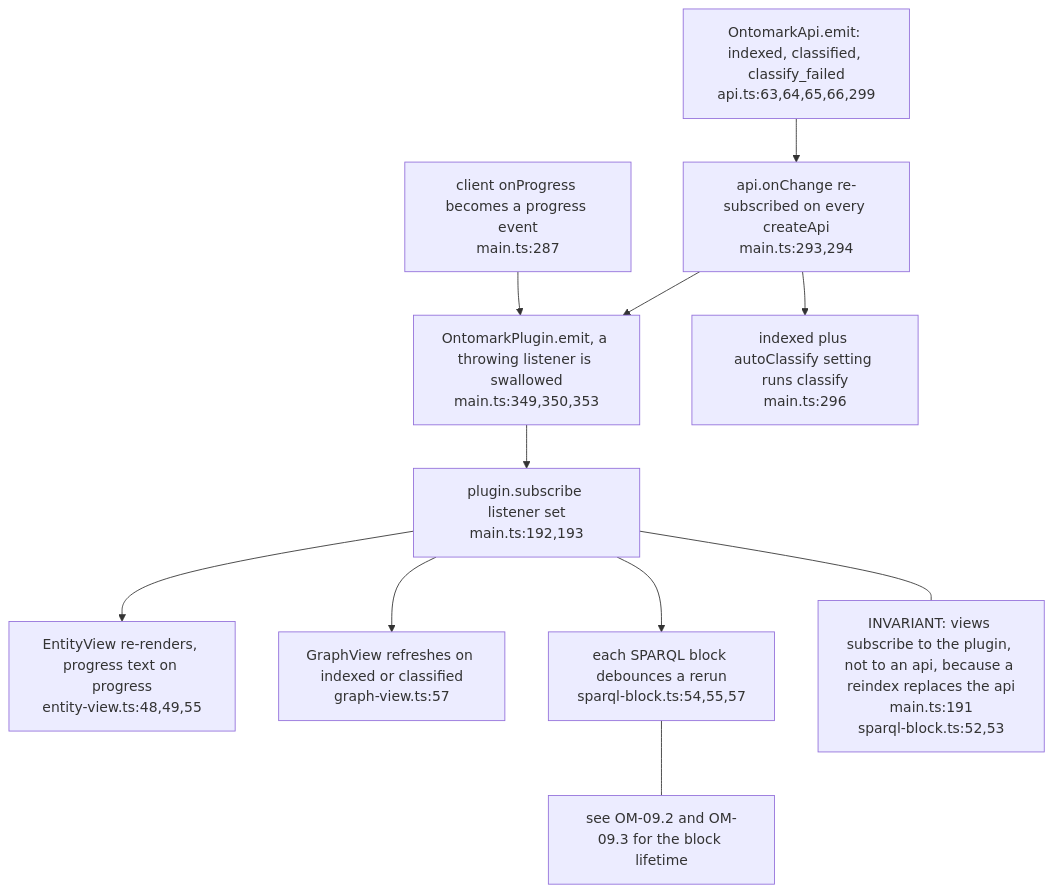
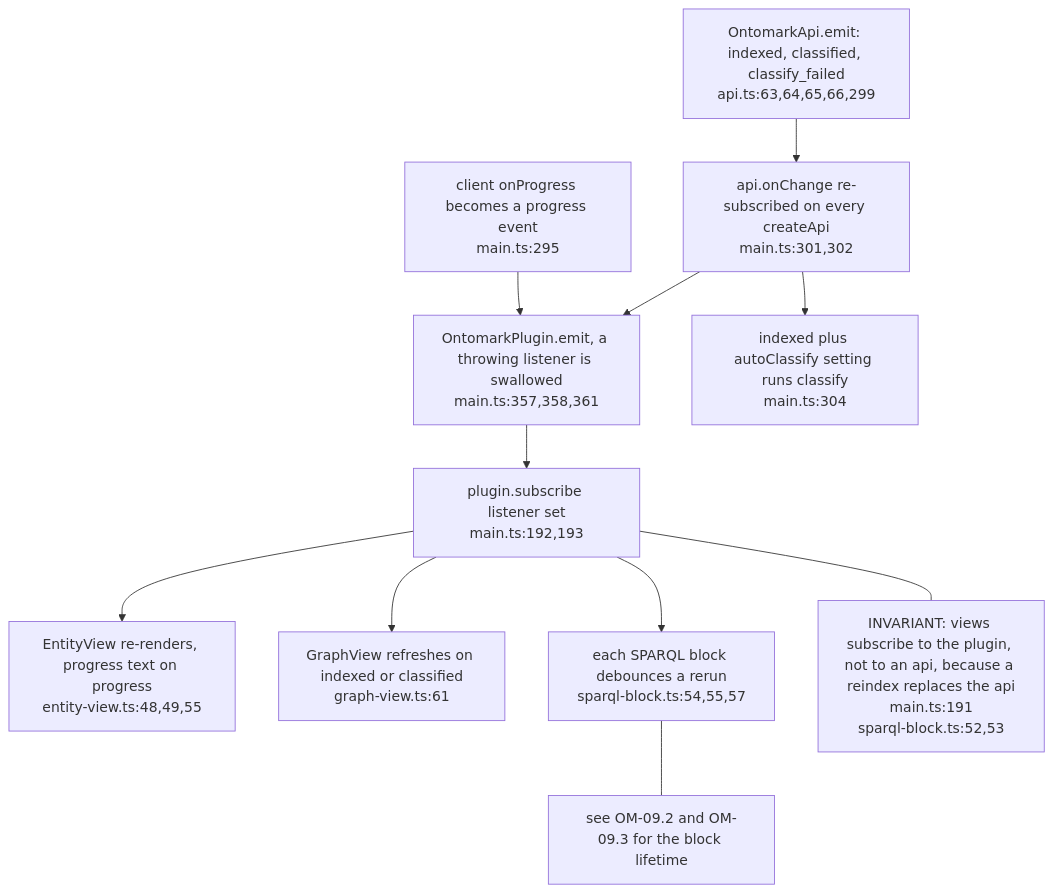
Before and after one commit to DreamLab-AI/VisionFlow: the third of 4 diagrams in docs/diagrams/ontomark-obsidian/01-plugin-anatomy-and-lifecycle.md, drawn with Mermaid. The commit also changed other lines of this file and 20 other files, not shown here.

First line of the commit message:
docs(diagrams): ontomark and ontomark-obsidian re-verified (graph 0.4.0, plugin 0.6.0)

````diff
--- a/docs/diagrams/ontomark-obsidian/01-plugin-anatomy-and-lifecycle.md
+++ b/docs/diagrams/ontomark-obsidian/01-plugin-anatomy-and-lifecycle.md
@@ -111,23 +112,23 @@
 ```mermaid
 flowchart TD
     CE["OntomarkApi.emit: indexed, classified, classify_failed<br/>api.ts:63,64,65,66,299"]
-    PR["client onProgress becomes a progress event<br/>main.ts:287"]
-    SUB["api.onChange re-subscribed on every createApi<br/>main.ts:293,294"]
-    EMIT["OntomarkPlugin.emit, a throwing listener is swallowed<br/>main.ts:349,350,353"]
-    AUTO["indexed plus autoClassify setting runs classify<br/>main.ts:296"]
+    PR["client onProgress becomes a progress event<br/>main.ts:295"]
+    SUB["api.onChange re-subscribed on every createApi<br/>main.ts:301,302"]
+    EMIT["OntomarkPlugin.emit, a throwing listener is swallowed<br/>main.ts:357,358,361"]
+    AUTO["indexed plus autoClassify setting runs classify<br/>main.ts:304"]
     LS["plugin.subscribe listener set<br/>main.ts:192,193"]
     EV["EntityView re-renders, progress text on progress<br/>entity-view.ts:48,49,55"]
-    GV["GraphView refreshes on indexed or classified<br/>graph-view.ts:57"]
+    GV["GraphView refreshes on indexed or classified<br/>graph-view.ts:61"]
     SB["each SPARQL block debounces a rerun<br/>sparql-block.ts:54,55,57"]
     CE --> SUB --> EMIT
     PR --> EMIT
     SUB --> AUTO
     EMIT --> LS
     LS --> EV
     LS --> GV
     LS --> SB
     INV["INVARIANT: views subscribe to the plugin, not to an api, because a reindex replaces the api<br/>main.ts:191<br/>sparql-block.ts:52,53"]
     LS --- INV
     NOTE["see OM-09.2 and OM-09.3 for the block lifetime"]
     SB --- NOTE
 ```
````
